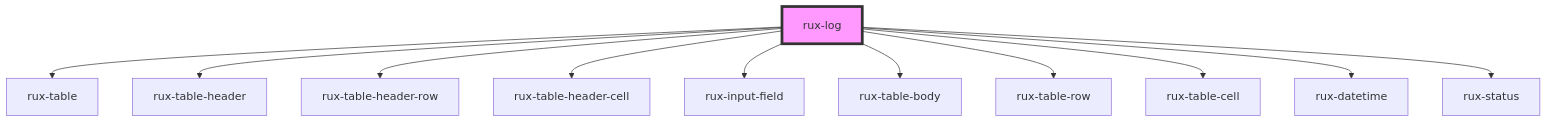
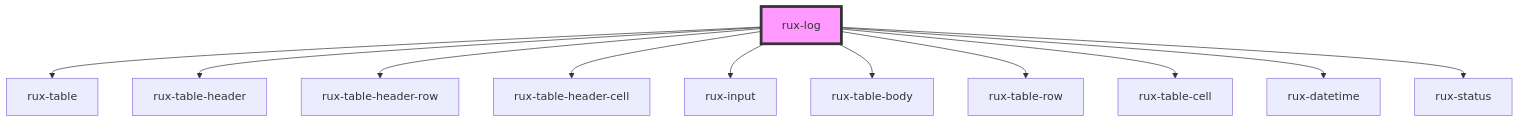
The diagram in packages/astro-components-stencil/src/components/rux-log/readme.md (RocketCommunicationsInc/astro), drawn with Mermaid before and after one commit. The commit also changed other lines of this file and 16 other files, not shown here.

First line of the commit message:
refactor(rux-input-field): rename component (#230)

````diff
--- a/packages/astro-components-stencil/src/components/rux-log/readme.md
+++ b/packages/astro-components-stencil/src/components/rux-log/readme.md
@@ -121,14 +121,14 @@
 ```mermaid
 graph TD;
   rux-log --> rux-table
   rux-log --> rux-table-header
   rux-log --> rux-table-header-row
   rux-log --> rux-table-header-cell
-  rux-log --> rux-input-field
+  rux-log --> rux-input
   rux-log --> rux-table-body
   rux-log --> rux-table-row
   rux-log --> rux-table-cell
   rux-log --> rux-datetime
   rux-log --> rux-status
   style rux-log fill:#f9f,stroke:#333,stroke-width:4px
 ```
````
